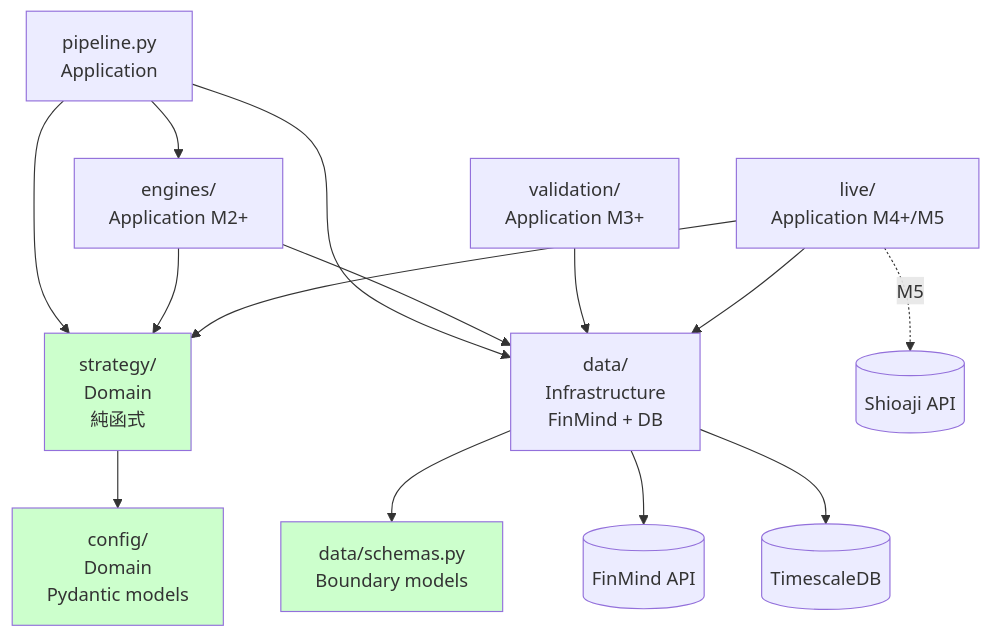
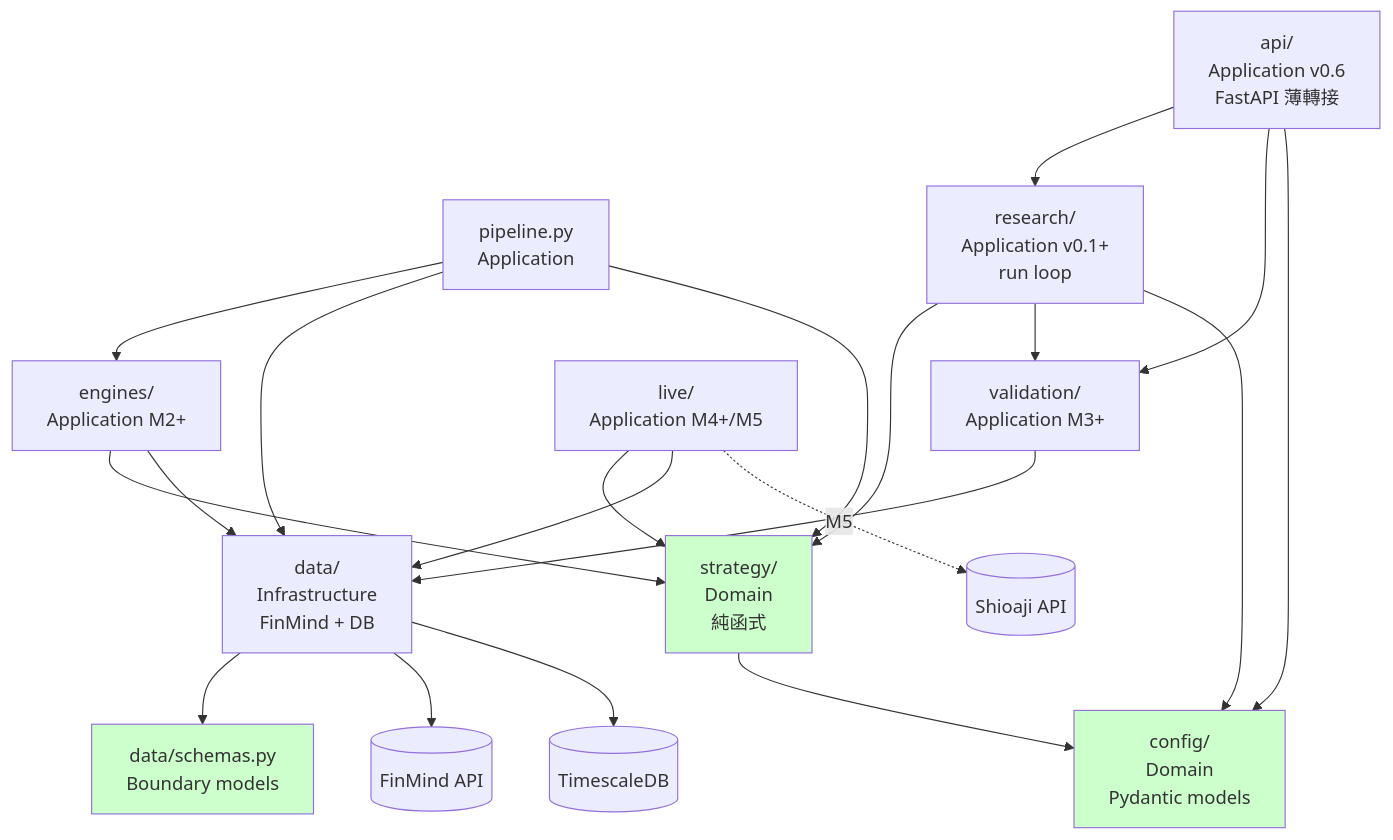
The first of 2 diagrams in dev_docs/09_file_dependencies_template.md (Zenobia000/Quantitative_Trading), drawn with Mermaid before and after one commit. The commit also changed 23 other files, not shown here.

First line of the commit message:
feat(api): v0.6 Wave B — FastAPI REST API over research loop + validation

````diff
--- a/dev_docs/09_file_dependencies_template.md
+++ b/dev_docs/09_file_dependencies_template.md
@@ -42,35 +42,43 @@
 ```mermaid
 graph TD
     Pipeline[pipeline.py<br/>Application]
     Engines[engines/<br/>Application M2+]
     Validation[validation/<br/>Application M3+]
+    Research[research/<br/>Application v0.1+<br/>run loop]
+    Api[api/<br/>Application v0.6<br/>FastAPI 薄轉接]
     Live[live/<br/>Application M4+/M5]
 
     Strategy[strategy/<br/>Domain<br/>純函式]
     Config[config/<br/>Domain<br/>Pydantic models]
 
     Data[data/<br/>Infrastructure<br/>FinMind + DB]
     Schemas[data/schemas.py<br/>Boundary models]
 
     FinMind[(FinMind API)]
     TSDB[(TimescaleDB)]
     Shioaji[(Shioaji API)]
 
     Pipeline --> Engines
     Pipeline --> Data
     Pipeline --> Strategy
     Engines --> Strategy
     Engines --> Data
     Validation --> Data
+    Research --> Strategy
+    Research --> Validation
+    Research --> Config
+    Api --> Research
+    Api --> Validation
+    Api --> Config
     Live --> Strategy
     Live --> Data
     Live -.->|M5| Shioaji
     Strategy --> Config
     Data --> Schemas
     Data --> FinMind
     Data --> TSDB
 
     style Strategy fill:#cfc
     style Config fill:#cfc
     style Schemas fill:#cfc
 ```
````
